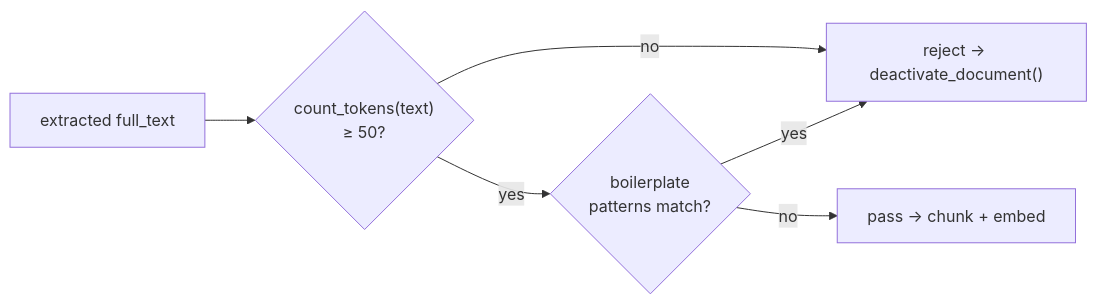
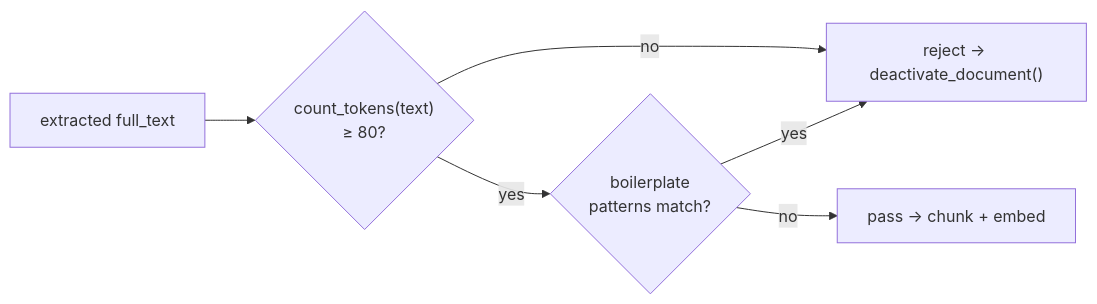
The eighth of 9 diagrams in backend/app/ingest/README.md (LaurierCS/locah-ai), drawn with Mermaid before and after one commit. The commit also changed other lines of this file and 11 other files, not shown here.

````diff
--- a/backend/app/ingest/README.md
+++ b/backend/app/ingest/README.md
@@ -295,14 +297,14 @@
 ```mermaid
 flowchart LR
   text["extracted full_text"]
-  tokenCheck{"count_tokens(text)\n≥ 50?"}
+  tokenCheck{"count_tokens(text)\n≥ 80?"}
   boilerCheck{"boilerplate\npatterns match?"}
   pass["pass → chunk + embed"]
   reject["reject → deactivate_document()"]
 
   text --> tokenCheck
   tokenCheck -->|no| reject
   tokenCheck -->|yes| boilerCheck
   boilerCheck -->|yes| reject
   boilerCheck -->|no| pass
 ```
````
